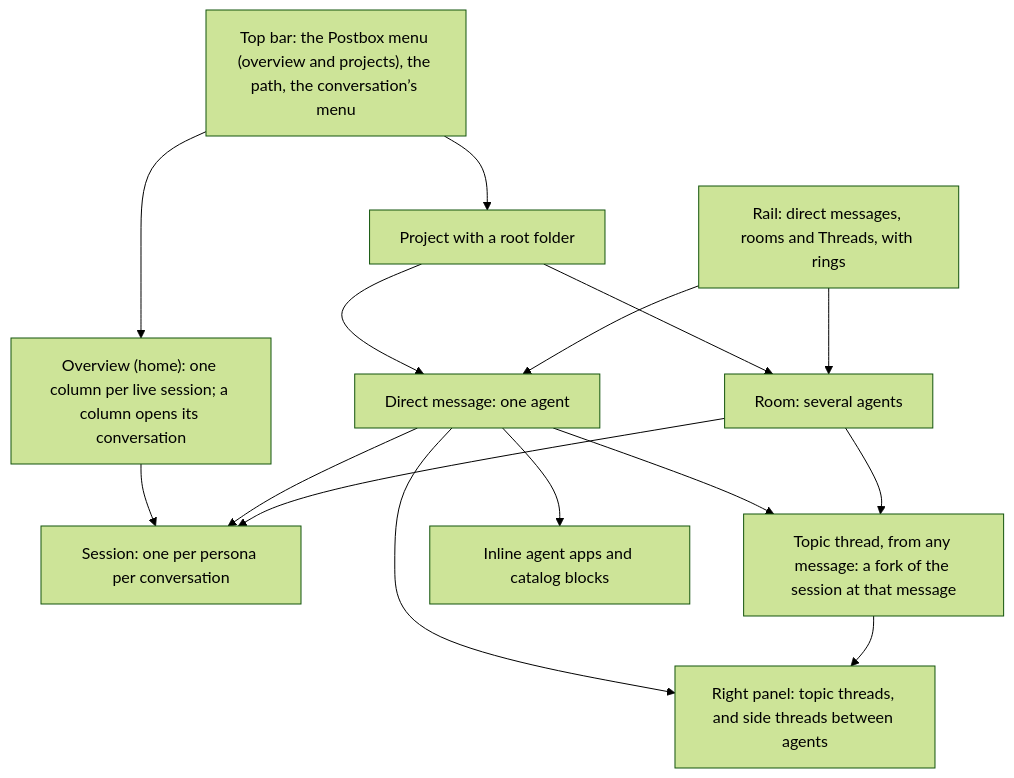
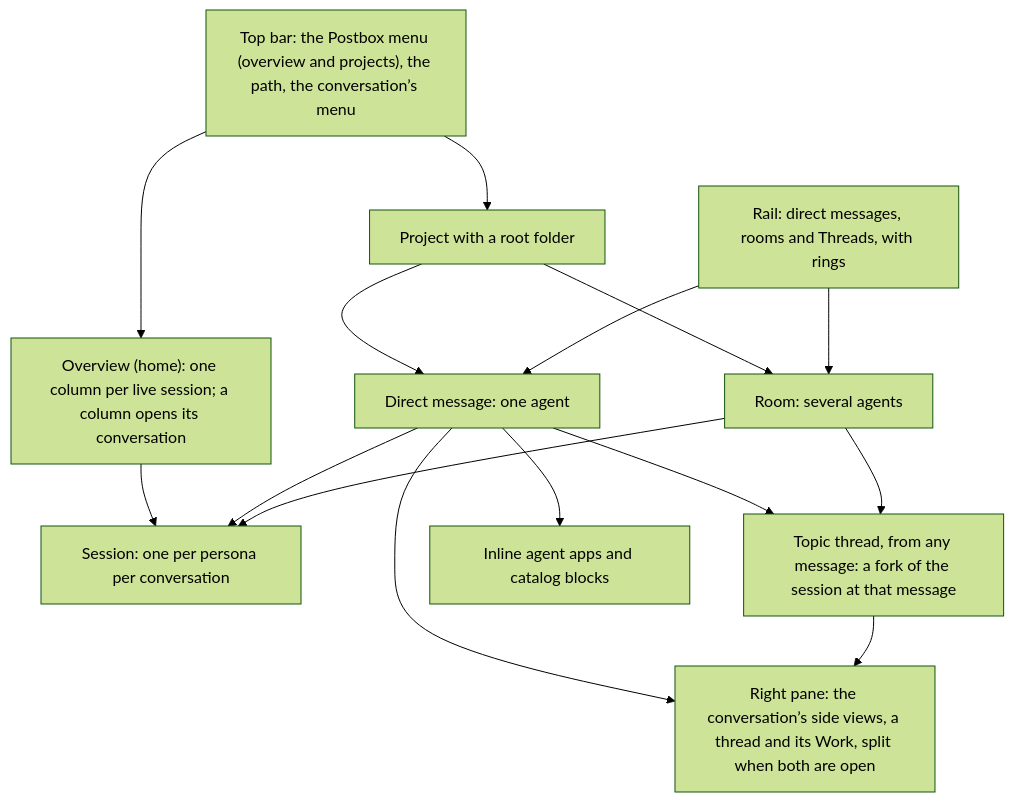
The first of 2 diagrams in designs/intent.md (HJeon139/postbox), drawn with Mermaid (forest theme) before and after one commit. The commit also changed other lines of this file and 18 other files, not shown here.

````diff
--- a/designs/intent.md
+++ b/designs/intent.md
@@ -40,17 +40,17 @@
 ```mermaid
 flowchart TD
   TB["Top bar: the Postbox menu (overview and projects), the path, the conversation’s menu"] --> O
   TB --> P
   O["Overview (home): one column per live session; a column opens its conversation"] --> S
   P[Project with a root folder] --> T[Direct message: one agent]
   P --> R[Room: several agents]
   T --> S[Session: one per persona per conversation]
   R --> S
   RL["Rail: direct messages, rooms and Threads, with rings"] --> T
   RL --> R
   T --> TT["Topic thread, from any message: a fork of the session at that message"]
   R --> TT
-  T --> SP["Right panel: topic threads, and side threads between agents"]
+  T --> SP["Right pane: the conversation’s side views, a thread and its Work, split when both are open"]
   TT --> SP
   T --> A["Inline agent apps and catalog blocks"]
 ```
````
